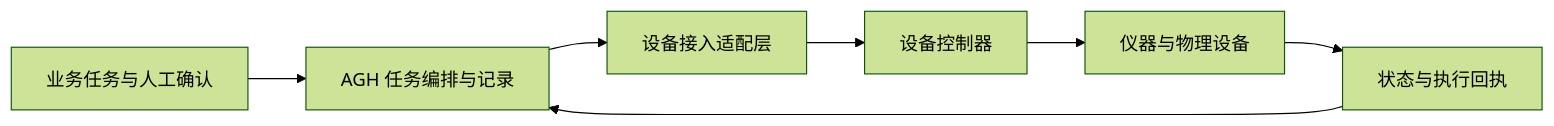
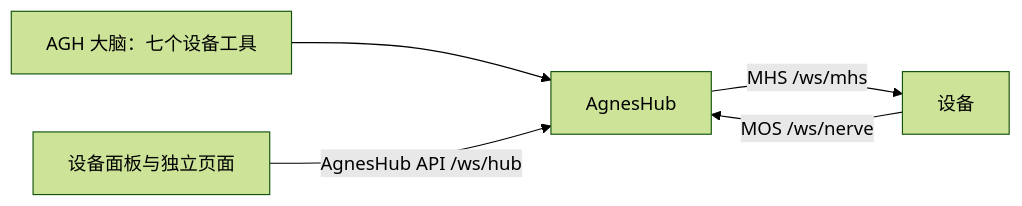
One commit to AgnesAI-Labs/agnes-harness changed the diagram in docs/guide/mhs.zh-CN.md. Above: the diagram before and after it, drawn with Mermaid (forest theme). The commit also changed other lines of this file and 220 other files, not shown here.

````diff
--- a/docs/guide/mhs.zh-CN.md
+++ b/docs/guide/mhs.zh-CN.md
@@ -19,9 +15,7 @@
 ```mermaid
 flowchart LR
-  Task[业务任务与人工确认] --> AGH[AGH 任务编排与记录]
-  AGH --> Adapter[设备接入适配层]
-  Adapter --> Controller[设备控制器]
-  Controller --> Device[仪器与物理设备]
-  Device --> Receipt[状态与执行回执]
-  Receipt --> AGH
+  Brain[AGH 大脑：七个设备工具] --> Hub[AgnesHub]
+  Panel[设备面板与独立页面] -->|AgnesHub API /ws/hub| Hub
+  Hub -->|MHS /ws/mhs| Device[设备]
+  Device -->|MOS /ws/nerve| Hub
 ```
````
